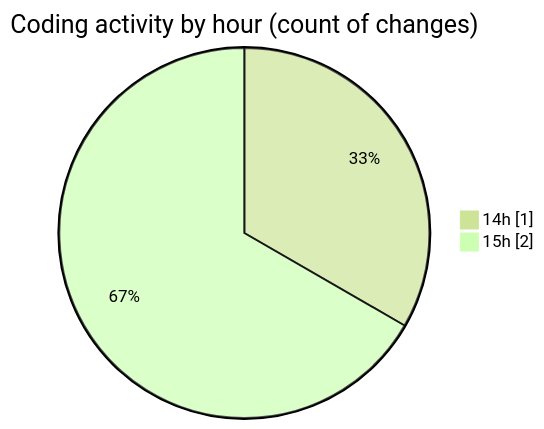
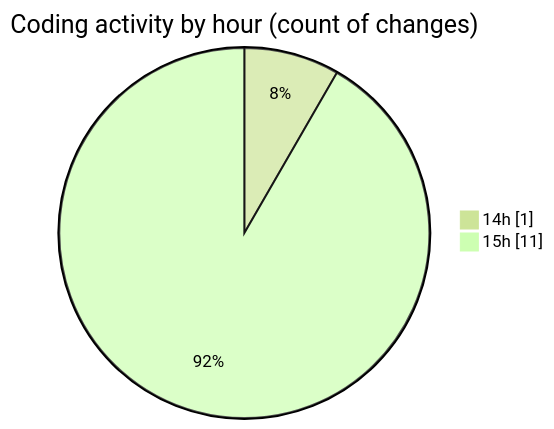
Before and after one commit to debugP/code-tracking: the second of 2 diagrams in 2026-07-01/wp-content/README.md, drawn with Mermaid (forest theme). The commit also changed other lines of this file and 1 other file, not shown here.

````diff
--- a/2026-07-01/wp-content/README.md
+++ b/2026-07-01/wp-content/README.md
@@ -31,6 +35,6 @@
 ```mermaid
 pie showData
 title Coding activity by hour (count of changes)
 "14h" : 1
-"15h" : 2
+"15h" : 11
 ```
````
